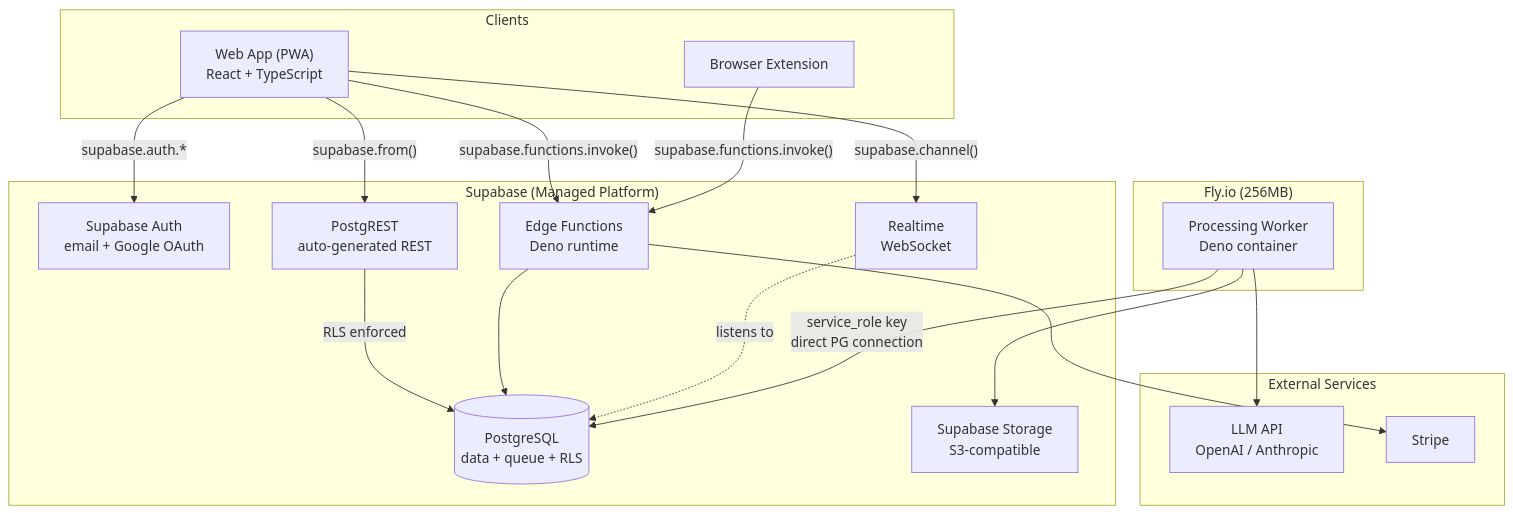
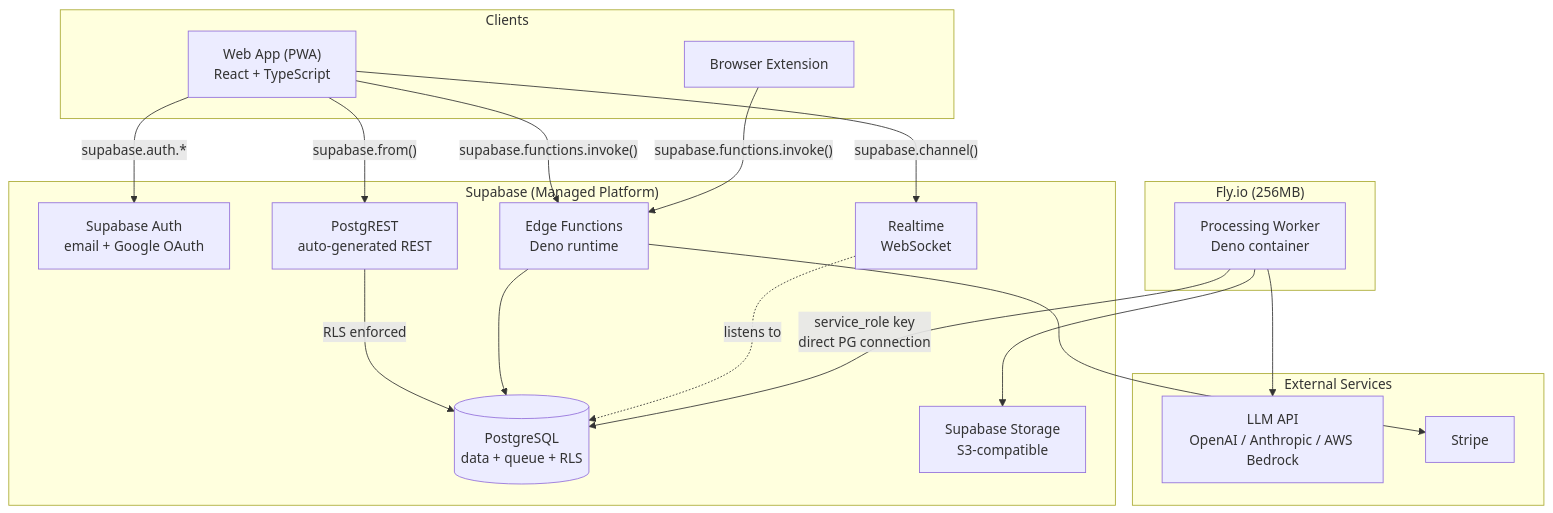
One commit to maxhopei/brainheal changed the first of 3 diagrams in specs/architecture.md. Above: the diagram before and after it, drawn with Mermaid. The commit also changed other lines of this file and 3 other files, not shown here.

````diff
--- a/specs/architecture.md
+++ b/specs/architecture.md
@@ -7,40 +7,40 @@
 ```mermaid
 graph TB
     subgraph Clients
         Web["Web App (PWA)<br/>React + TypeScript"]
         Ext["Browser Extension"]
     end
 
     subgraph Supabase["Supabase (Managed Platform)"]
         SAuth["Supabase Auth<br/>email + Google OAuth"]
         PGDB[("PostgreSQL<br/>data + queue + RLS")]
         SStorage["Supabase Storage<br/>S3-compatible"]
         SEdge["Edge Functions<br/>Deno runtime"]
         SRealtime["Realtime<br/>WebSocket"]
         SPostgREST["PostgREST<br/>auto-generated REST"]
     end
 
     subgraph FlyIo["Fly.io (256MB)"]
         Worker["Processing Worker<br/>Deno container"]
     end
 
     subgraph External["External Services"]
-        LLM["LLM API<br/>OpenAI / Anthropic"]
+        LLM["LLM API<br/>OpenAI / Anthropic / AWS Bedrock"]
         Pay["Stripe"]
     end
 
     Web -- "supabase.auth.*" --> SAuth
     Web -- "supabase.from()" --> SPostgREST
     Web -- "supabase.functions.invoke()" --> SEdge
     Web -- "supabase.channel()" --> SRealtime
     Ext -- "supabase.functions.invoke()" --> SEdge
 
     SPostgREST -- "RLS enforced" --> PGDB
     SEdge --> PGDB
     SEdge --> Pay
     SRealtime -. "listens to" .-> PGDB
 
     Worker -- "service_role key<br/>direct PG connection" --> PGDB
     Worker --> LLM
     Worker --> SStorage
 ```
````
